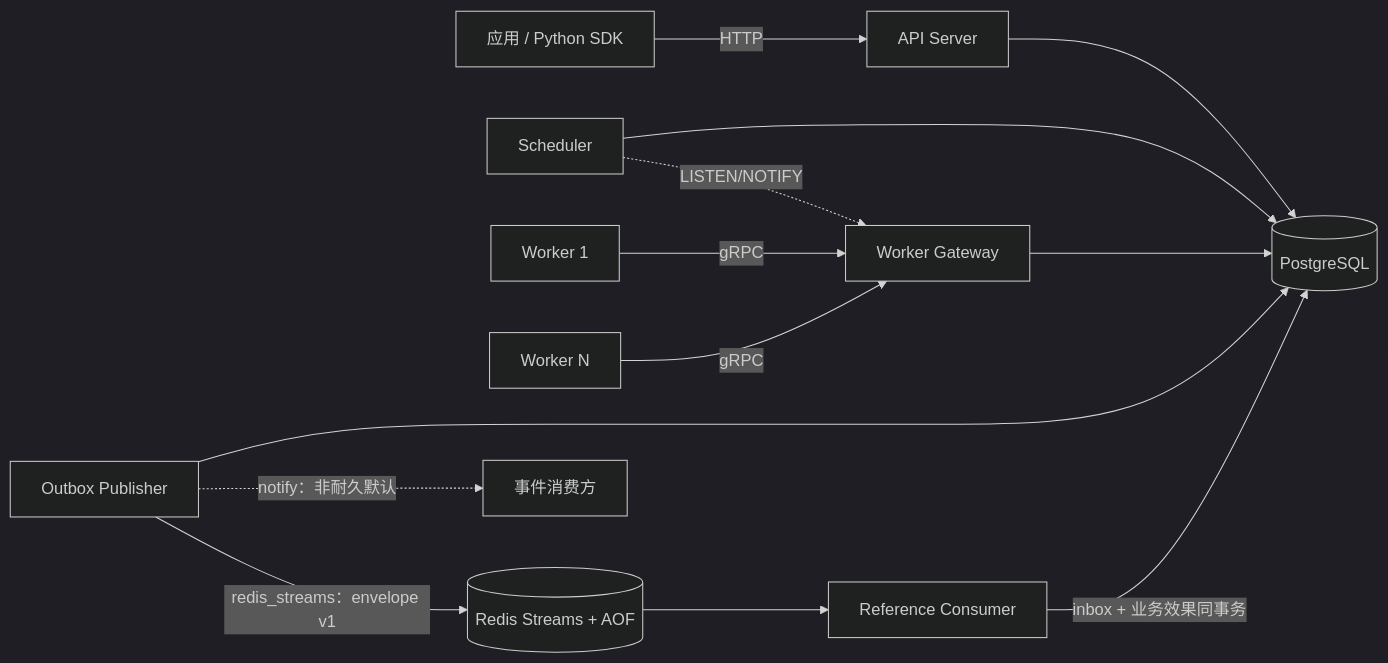
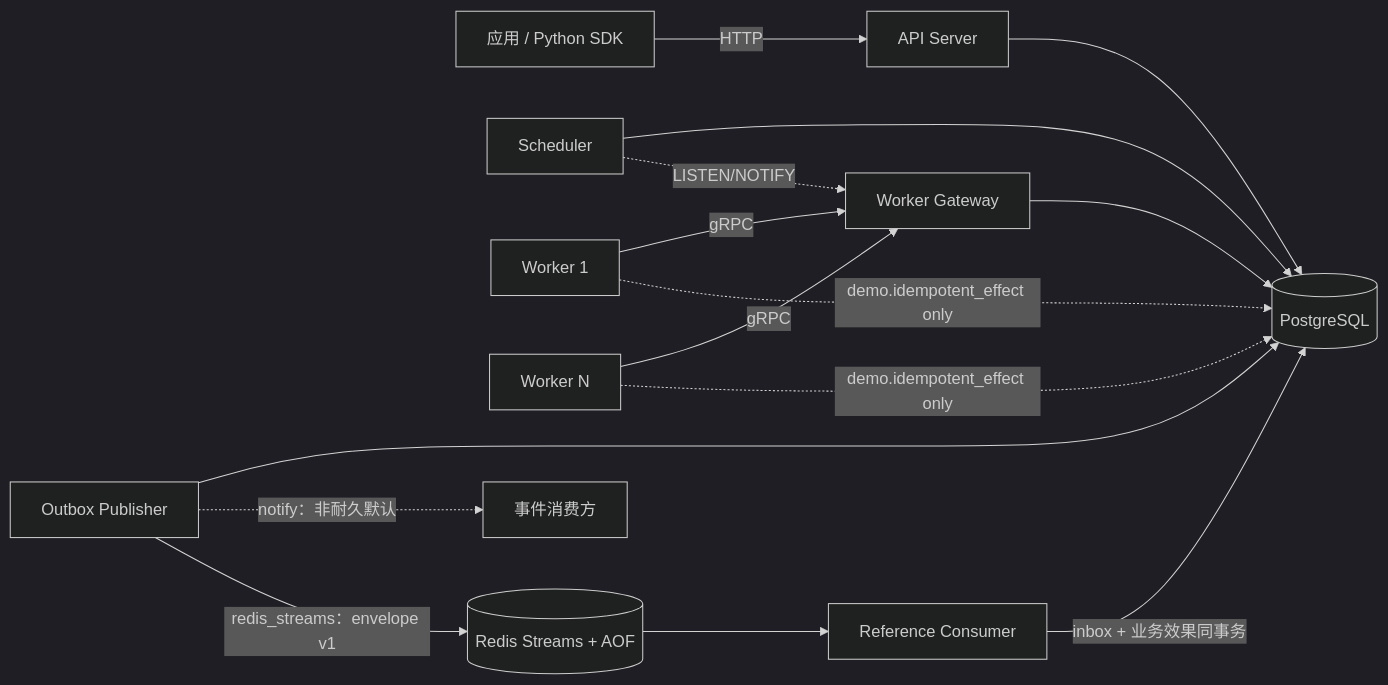
Before and after one commit to XJfyrh/JobForge: the diagram in README.md, drawn with Mermaid (dark theme). The commit also changed other lines of this file and 9 other files, not shown here.

````diff
--- a/README.md
+++ b/README.md
@@ -11,15 +11,17 @@
 ```mermaid
 flowchart LR
     Client[应用 / Python SDK] -->|HTTP| API[API Server]
     API --> PG[(PostgreSQL)]
     Scheduler[Scheduler] --> PG
     Worker1[Worker 1] -->|gRPC| Gateway[Worker Gateway]
     Worker2[Worker N] -->|gRPC| Gateway
     Gateway --> PG
+    Worker1 -.->|demo.idempotent_effect only| PG
+    Worker2 -.->|demo.idempotent_effect only| PG
     Scheduler -.->|LISTEN/NOTIFY| Gateway
     Publisher[Outbox Publisher] --> PG
     Publisher -.->|notify：非耐久默认| Consumers[事件消费方]
     Publisher -->|redis_streams：envelope v1| Redis[(Redis Streams + AOF)]
     Redis --> ReferenceConsumer[Reference Consumer]
     ReferenceConsumer -->|inbox + 业务效果同事务| PG
 ```
````
